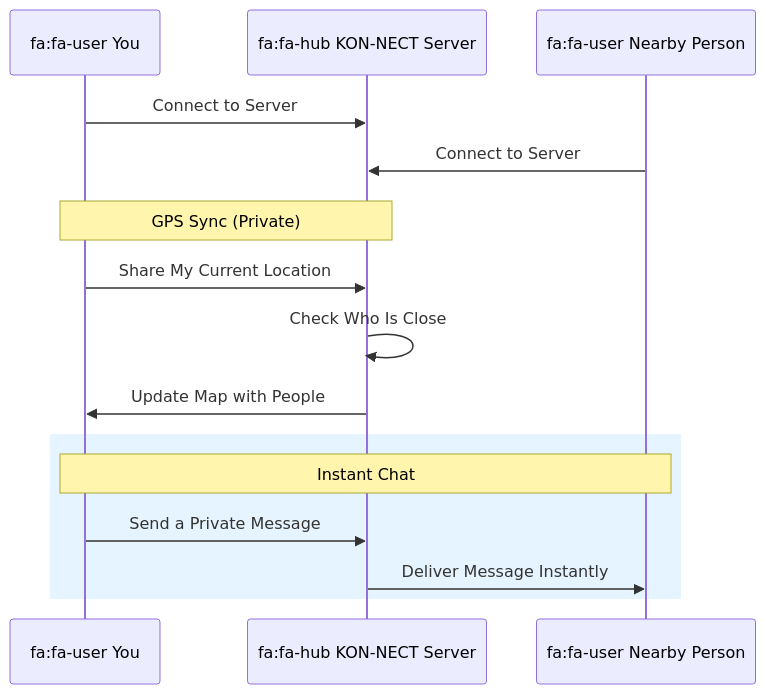
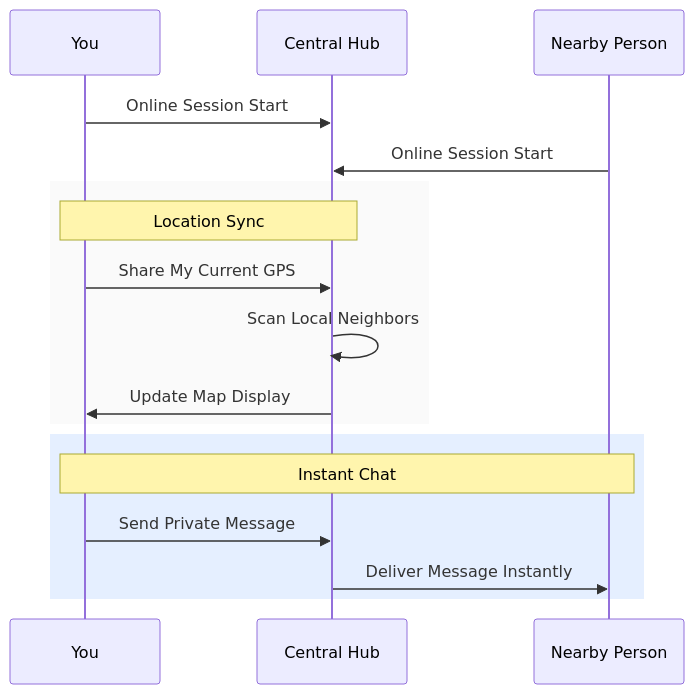
Before and after one commit to Akash-Veerla/Demographic: the seventh of 8 diagrams in docs/DIAGRAMS.md, drawn with Mermaid. The commit also changed other lines of this file, not shown here.

Commit message:
Diagrams update reflecting system update

````diff
--- a/docs/DIAGRAMS.md
+++ b/docs/DIAGRAMS.md
@@ -171,22 +188,22 @@
 ```mermaid
 sequenceDiagram
-    participant A as fa:fa-user You
-    participant S as fa:fa-hub KON-NECT Server
-    participant B as fa:fa-user Nearby Person
+    participant Me as You
+    participant Hub as Central Hub
+    participant Peer as Nearby Person
 
-    A->>S: Connect to Server
-    B->>S: Connect to Server
+    Me->>Hub: Online Session Start
+    Peer->>Hub: Online Session Start
 
-    rect rgba(255, 255, 255, 0.05)
-    Note over A, S: GPS Sync (Private)
-    A->>S: Share My Current Location
-    S->>S: Check Who Is Close
-    S->>A: Update Map with People
+    rect rgba(200, 200, 200, 0.1)
+    Note over Me, Hub: Location Sync
+    Me->>Hub: Share My Current GPS
+    Hub->>Hub: Scan Local Neighbors
+    Hub->>Me: Update Map Display
     end
 
-    rect rgba(0, 150, 255, 0.1)
-    Note over A, B: Instant Chat
-    A->>S: Send a Private Message
-    S->>B: Deliver Message Instantly
+    rect rgba(0, 100, 255, 0.1)
+    Note over Me, Peer: Instant Chat
+    Me->>Hub: Send Private Message
+    Hub->>Peer: Deliver Message Instantly
     end
 ```
````
